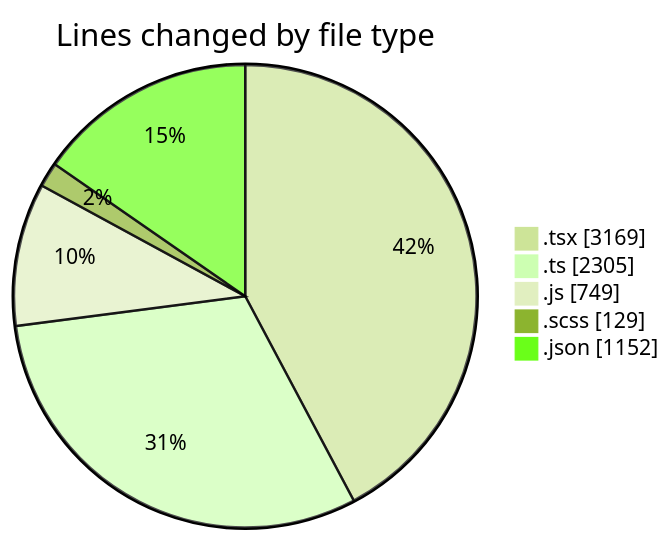
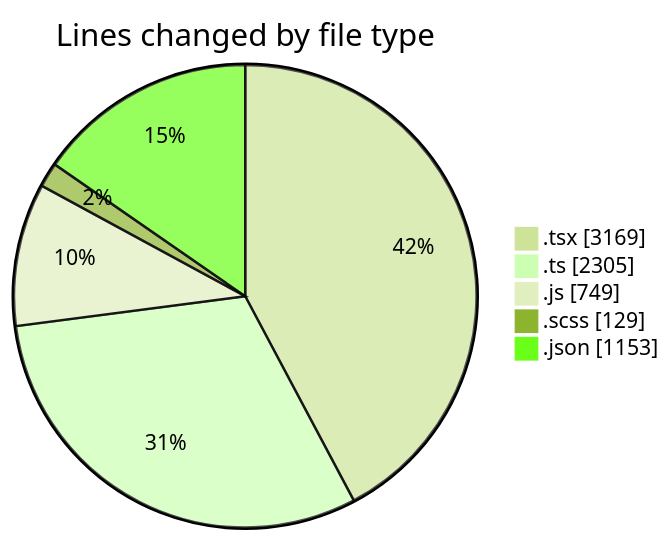
Before and after one commit to momahboobian/code-tracking: the first of 2 diagrams in 2026-06-15/cda/README.md, drawn with Mermaid (forest theme). The commit also changed other lines of this file and 1 other file, not shown here.

````diff
--- a/2026-06-15/cda/README.md
+++ b/2026-06-15/cda/README.md
@@ -62,9 +62,9 @@
 ```mermaid
 pie showData
 title Lines changed by file type
 ".tsx" : 3169
 ".ts" : 2305
 ".js" : 749
 ".scss" : 129
-".json" : 1152
+".json" : 1153
 ```
````
